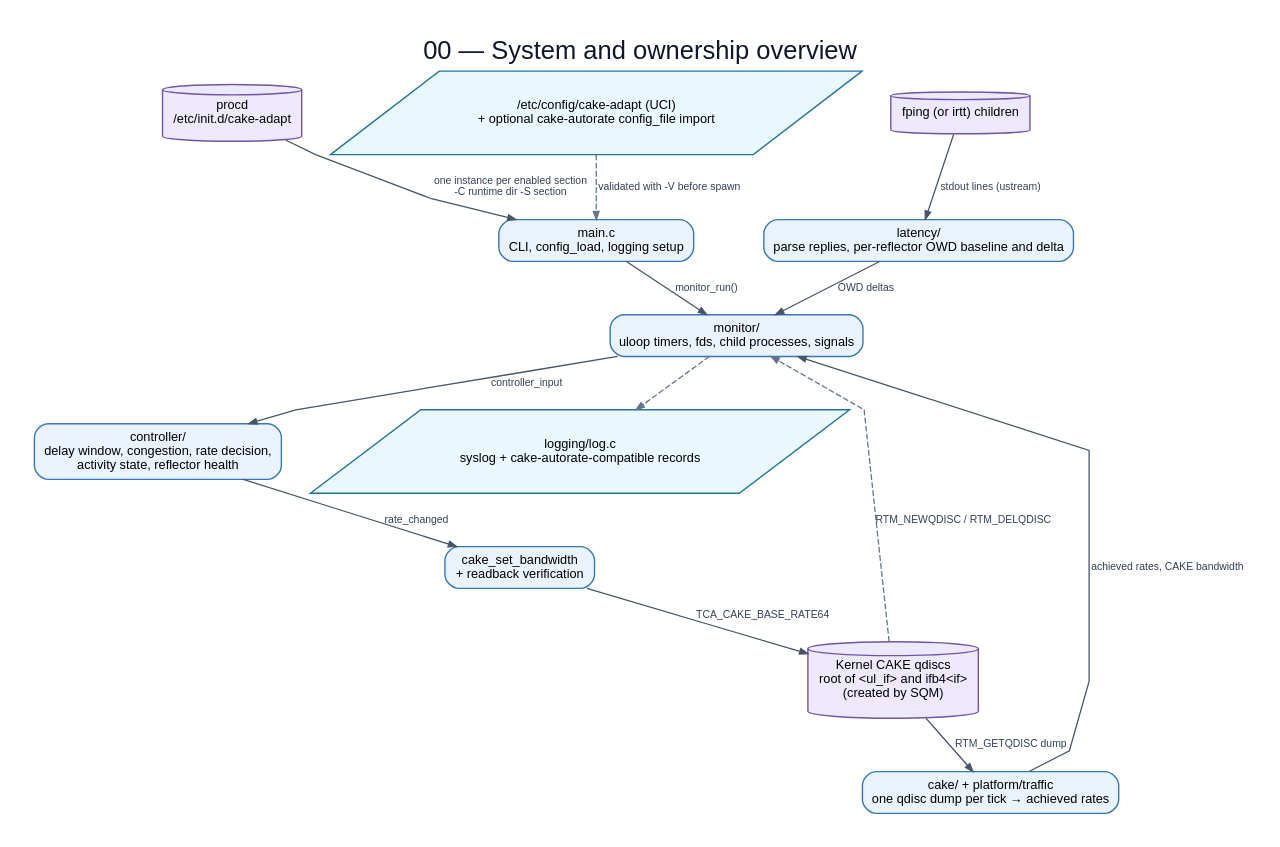
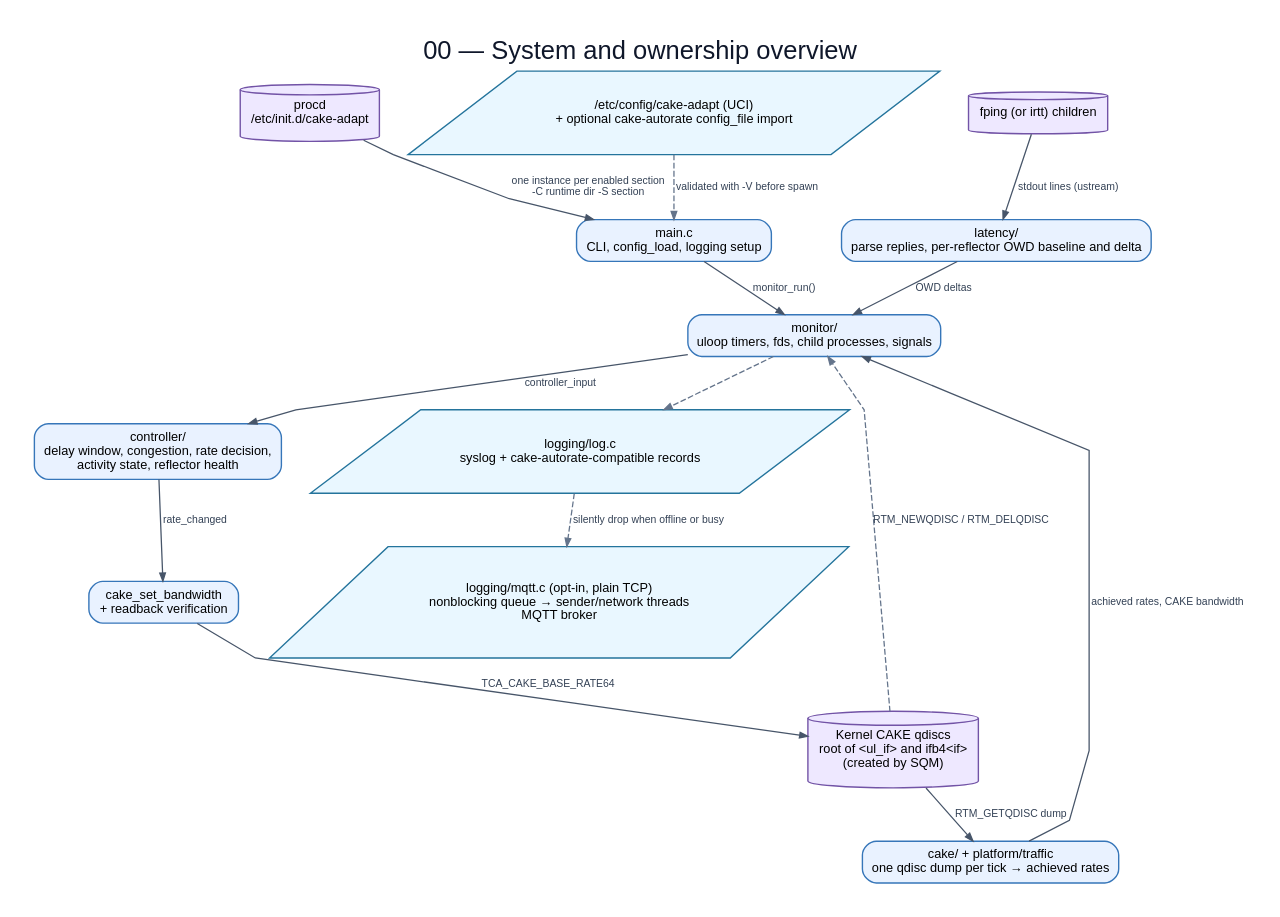
One commit to huydoan94/cake-adapt changed the diagram in flowchart/diagrams/00-system-overview.dot. Above: the diagram before and after it, drawn with Graphviz. The commit also changed 26 other files, not shown here.

First line of the commit message:
profiling: record MQTT acceptance and refresh current-code flowcharts

```diff
--- a/flowchart/diagrams/00-system-overview.dot
+++ b/flowchart/diagrams/00-system-overview.dot
@@ -1,28 +1,30 @@
 digraph G {
   graph [rankdir=TB,bgcolor="white",pad="0.30",nodesep="0.35",ranksep="0.48",splines=polyline,fontname="Arial",label="00 — System and ownership overview",labelloc=t,fontsize=22,fontcolor="#0f172a"];
   node [fontname="Arial",fontsize=11,margin="0.14,0.09",penwidth=1.2];
   edge [fontname="Arial",fontsize=9,color="#475569",fontcolor="#334155",arrowsize=0.7,penwidth=1.1];
   procd [label="procd\n/etc/init.d/cake-adapt",shape=cylinder,style="filled",fillcolor="#eee8ff",color="#7253a6"];
   uci [label="/etc/config/cake-adapt (UCI)\n+ optional cake-autorate config_file import",shape=parallelogram,style="filled",fillcolor="#e9f7ff",color="#24749c"];
   main [label="main.c\nCLI, config_load, logging setup",shape=box,style="rounded,filled",fillcolor="#e9f2ff",color="#3676b9"];
   loop [label="monitor/\nuloop timers, fds, child processes, signals",shape=box,style="rounded,filled",fillcolor="#e9f2ff",color="#3676b9"];
   pinger [label="fping (or irtt) children",shape=cylinder,style="filled",fillcolor="#eee8ff",color="#7253a6"];
   latency [label="latency/\nparse replies, per-reflector OWD baseline and delta",shape=box,style="rounded,filled",fillcolor="#e9f2ff",color="#3676b9"];
   observe [label="cake/ + platform/traffic\none qdisc dump per tick → achieved rates",shape=box,style="rounded,filled",fillcolor="#e9f2ff",color="#3676b9"];
   controller [label="controller/\ndelay window, congestion, rate decision,\nactivity state, reflector health",shape=box,style="rounded,filled",fillcolor="#e9f2ff",color="#3676b9"];
   apply [label="cake_set_bandwidth\n+ readback verification",shape=box,style="rounded,filled",fillcolor="#e9f2ff",color="#3676b9"];
   kernel [label="Kernel CAKE qdiscs\nroot of <ul_if> and ifb4<if>\n(created by SQM)",shape=cylinder,style="filled",fillcolor="#eee8ff",color="#7253a6"];
   log [label="logging/log.c\nsyslog + cake-autorate-compatible records",shape=parallelogram,style="filled",fillcolor="#e9f7ff",color="#24749c"];
+  mqtt [label="logging/mqtt.c (opt-in, plain TCP)\nnonblocking queue → sender/network threads\nMQTT broker",shape=parallelogram,style="filled",fillcolor="#e9f7ff",color="#24749c"];
   procd -> main [label="one instance per enabled section\n-C runtime dir -S section"];
   uci -> main [label="validated with -V before spawn",style=dashed,color="#64748b"];
   main -> loop [label="monitor_run()"];
   pinger -> latency [label="stdout lines (ustream)"];
   latency -> loop [label="OWD deltas"];
   kernel -> observe [label="RTM_GETQDISC dump"];
   observe -> loop [label="achieved rates, CAKE bandwidth"];
   kernel -> loop [label="RTM_NEWQDISC / RTM_DELQDISC",style=dashed,color="#64748b"];
   loop -> controller [label="controller_input"];
   controller -> apply [label="rate_changed"];
   apply -> kernel [label="TCA_CAKE_BASE_RATE64"];
   loop -> log [style=dashed,color="#64748b"];
+  log -> mqtt [label="silently drop when offline or busy",style=dashed,color="#64748b"];
 }
```
